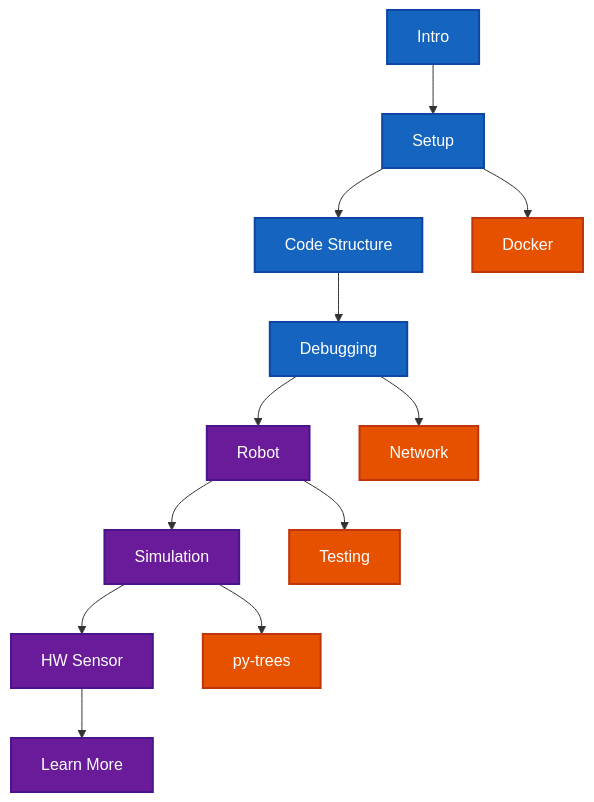
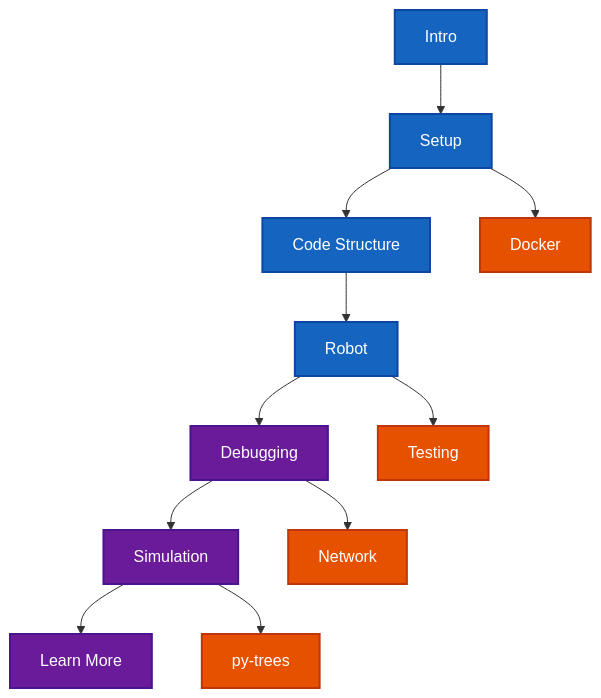
The second of 5 diagrams in ros2-workshop-modular-architecture.md (DynoRobotics/dyno_ros2_courses), drawn with Mermaid before and after one commit. The commit also changed other lines of this file and 13 other files, not shown here.

````diff
--- a/ros2-workshop-modular-architecture.md
+++ b/ros2-workshop-modular-architecture.md
@@ -31,23 +33,22 @@
 ```mermaid
 graph TD
     A[Intro] --> B[Setup]
     B --> C[Code Structure]
-    C --> D[Debugging]
-    D --> E[Robot]
-    E --> F[Simulation]
-    F --> G[HW Sensor]
-    G --> H[Learn More]
-    
-    B --> I[Docker]
-    D --> J[Network]
-    E --> K[Testing]
-    F --> L[py-trees]
-    
+    C --> E[Robot]
+    E --> D[Debugging]
+    D --> F[Simulation]
+    F --> G[Learn More]
+
+    B --> H[Docker]
+    D --> I[Network]
+    E --> J[Testing]
+    F --> K[py-trees]
+
     classDef session1 fill:#1565c0,stroke:#0d47a1,stroke-width:2px,color:#ffffff
     classDef session2 fill:#6a1b9a,stroke:#4a148c,stroke-width:2px,color:#ffffff
     classDef advanced fill:#e65100,stroke:#bf360c,stroke-width:2px,color:#ffffff
-    
-    class A,B,C,D session1
-    class E,F,G,H session2
-    class I,J,K,L advanced
+
+    class A,B,C,E session1
+    class D,F,G session2
+    class H,I,J,K advanced
 ```
````
